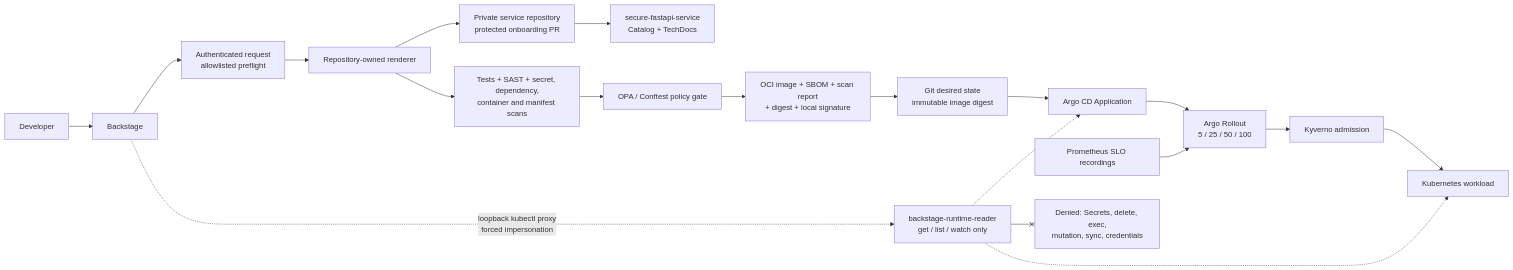
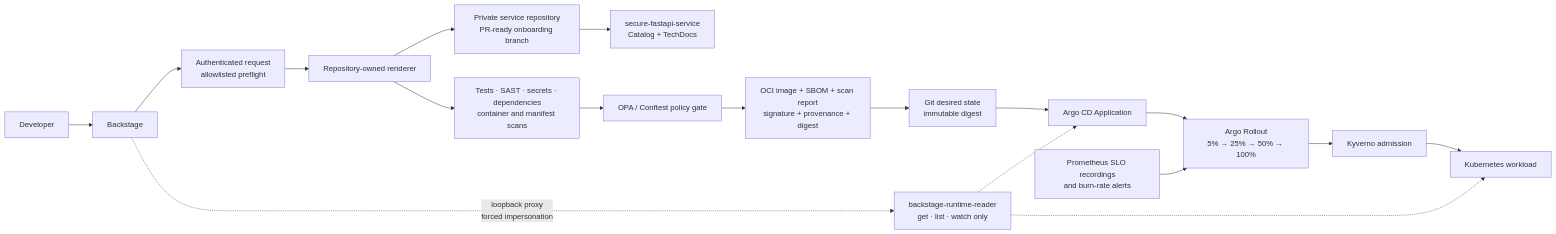
Before and after one commit to SecureCloudOps/ForgePath: the first of 4 diagrams in docs/ARCHITECTURE.md, drawn with Mermaid. The commit also changed other lines of this file and 26 other files, not shown here.

````diff
--- a/docs/ARCHITECTURE.md
+++ b/docs/ARCHITECTURE.md
@@ -7,24 +9,22 @@
 ```mermaid
 flowchart LR
   developer["Developer"] --> backstage["Backstage"]
   backstage --> preflight["Authenticated request<br/>allowlisted preflight"]
   preflight --> renderer["Repository-owned renderer"]
-  renderer --> repository["Private service repository<br/>protected onboarding PR"]
+  renderer --> repository["Private service repository<br/>PR-ready onboarding branch"]
   repository --> catalog["secure-fastapi-service<br/>Catalog + TechDocs"]
-  renderer --> validation["Tests + SAST + secret, dependency,<br/>container and manifest scans"]
+
+  renderer --> validation["Tests · SAST · secrets · dependencies<br/>container and manifest scans"]
   validation --> policy["OPA / Conftest policy gate"]
-  policy --> artifact["OCI image + SBOM + scan report<br/>+ digest + local signature"]
-  artifact --> git["Git desired state<br/>immutable image digest"]
-  git --> argocd["Argo CD Application"]
-  argocd --> rollout["Argo Rollout<br/>5 / 25 / 50 / 100"]
-  prometheus["Prometheus SLO recordings"] --> rollout
-  rollout --> kyverno["Kyverno admission"]
-  kyverno --> workload["Kubernetes workload"]
+  policy --> artifact["OCI image + SBOM + scan report<br/>signature + provenance + digest"]
+  artifact --> desired["Git desired state<br/>immutable digest"]
+  desired --> application["Argo CD Application"]
+  application --> rollout["Argo Rollout<br/>5% → 25% → 50% → 100%"]
+  prometheus["Prometheus SLO recordings<br/>and burn-rate alerts"] --> rollout
+  rollout --> admission["Kyverno admission"]
+  admission --> workload["Kubernetes workload"]
 
-  reader["backstage-runtime-reader<br/>get / list / watch only"] -.-> workload
-  reader -.-> argocd
-  backstage -. "loopback kubectl proxy<br/>forced impersonation" .-> reader
-
-  denied["Denied: Secrets, delete, exec,<br/>mutation, sync, credentials"]
-  reader --x denied
+  reader["backstage-runtime-reader<br/>get · list · watch only"] -.-> workload
+  reader -.-> application
+  backstage -. "loopback proxy<br/>forced impersonation" .-> reader
 ```
````
